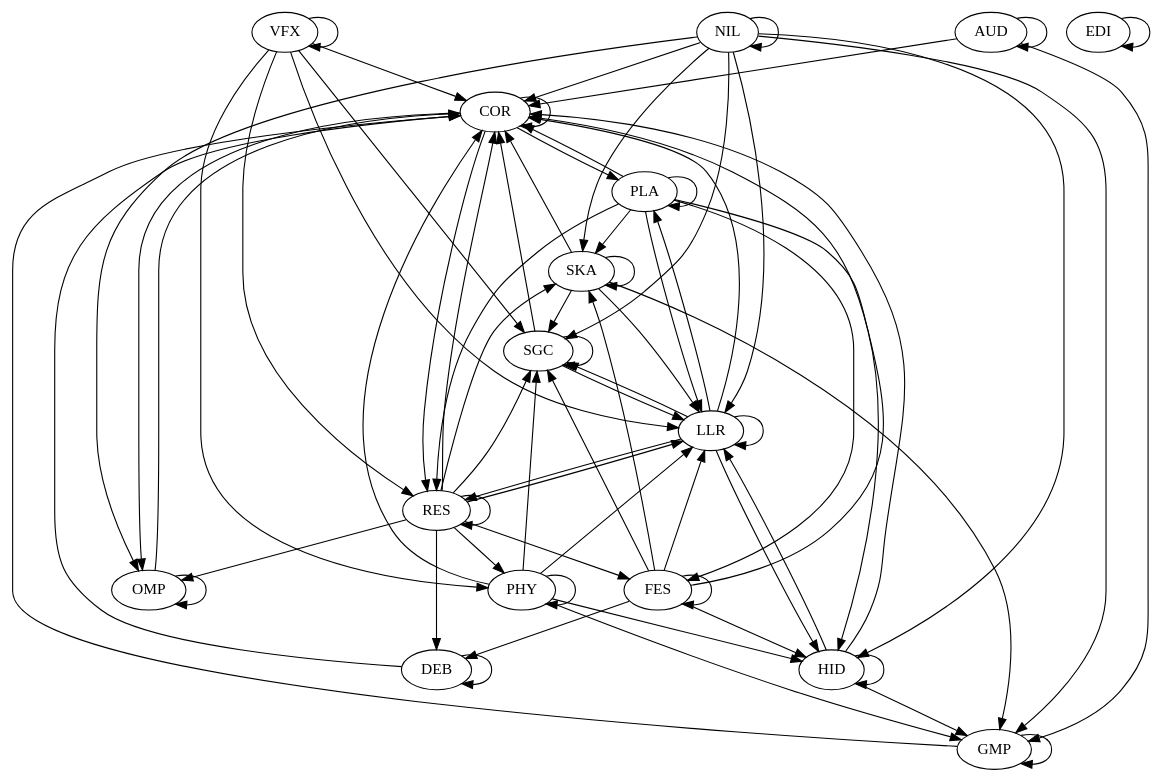
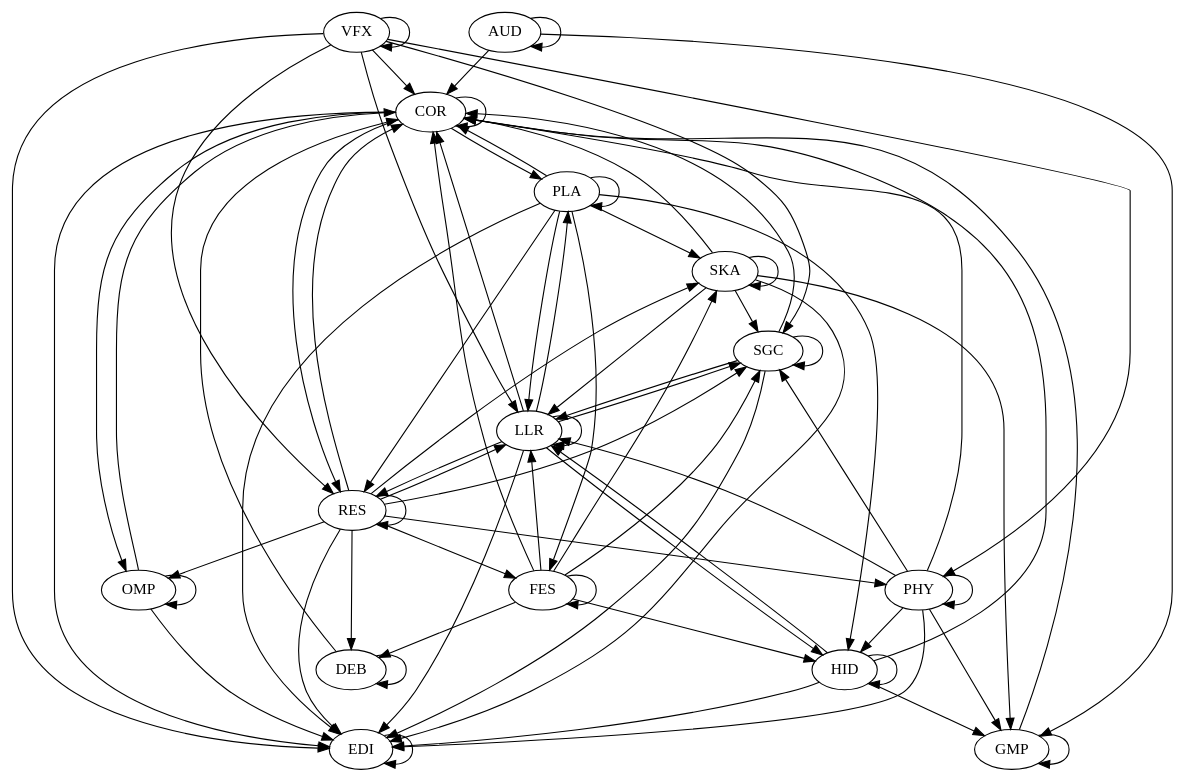
The diagram in 6_architectural_map_gen/outputs/panda3d.dot (gamedev-studies/game-engine-analyser), drawn with Graphviz before and after one commit. The commit also changed 10 other files, not shown here.

```diff
--- a/6_architectural_map_gen/outputs/panda3d.dot
+++ b/6_architectural_map_gen/outputs/panda3d.dot
@@ -1,77 +1,79 @@
 digraph "source tree" {
 	"AUD" -> "AUD"
 	"AUD" -> "COR"
 	"AUD" -> "GMP"
 	"COR" -> "COR"
+	"COR" -> "EDI"
 	"COR" -> "OMP"
 	"COR" -> "PLA"
 	"COR" -> "RES"
 	"DEB" -> "COR"
 	"DEB" -> "DEB"
 	"EDI" -> "EDI"
 	"FES" -> "COR"
 	"FES" -> "DEB"
 	"FES" -> "FES"
 	"FES" -> "HID"
 	"FES" -> "LLR"
 	"FES" -> "SGC"
 	"FES" -> "SKA"
 	"GMP" -> "COR"
 	"GMP" -> "GMP"
 	"HID" -> "COR"
+	"HID" -> "EDI"
 	"HID" -> "GMP"
 	"HID" -> "HID"
 	"HID" -> "LLR"
 	"LLR" -> "COR"
+	"LLR" -> "EDI"
 	"LLR" -> "HID"
 	"LLR" -> "LLR"
 	"LLR" -> "PLA"
 	"LLR" -> "RES"
 	"LLR" -> "SGC"
-	"NIL" -> "COR"
-	"NIL" -> "GMP"
-	"NIL" -> "HID"
-	"NIL" -> "LLR"
-	"NIL" -> "NIL"
-	"NIL" -> "OMP"
-	"NIL" -> "SGC"
-	"NIL" -> "SKA"
 	"OMP" -> "COR"
+	"OMP" -> "EDI"
 	"OMP" -> "OMP"
 	"PHY" -> "COR"
+	"PHY" -> "EDI"
 	"PHY" -> "GMP"
 	"PHY" -> "HID"
 	"PHY" -> "LLR"
 	"PHY" -> "PHY"
 	"PHY" -> "SGC"
 	"PLA" -> "COR"
+	"PLA" -> "EDI"
 	"PLA" -> "FES"
 	"PLA" -> "HID"
 	"PLA" -> "LLR"
 	"PLA" -> "PLA"
 	"PLA" -> "RES"
 	"PLA" -> "SKA"
 	"RES" -> "COR"
 	"RES" -> "DEB"
+	"RES" -> "EDI"
 	"RES" -> "FES"
 	"RES" -> "LLR"
 	"RES" -> "OMP"
 	"RES" -> "PHY"
 	"RES" -> "RES"
 	"RES" -> "SGC"
 	"RES" -> "SKA"
 	"SGC" -> "COR"
+	"SGC" -> "EDI"
 	"SGC" -> "LLR"
 	"SGC" -> "SGC"
 	"SKA" -> "COR"
+	"SKA" -> "EDI"
 	"SKA" -> "GMP"
 	"SKA" -> "LLR"
 	"SKA" -> "SGC"
 	"SKA" -> "SKA"
 	"VFX" -> "COR"
+	"VFX" -> "EDI"
 	"VFX" -> "LLR"
 	"VFX" -> "PHY"
 	"VFX" -> "RES"
 	"VFX" -> "SGC"
 	"VFX" -> "VFX"
 }
```
